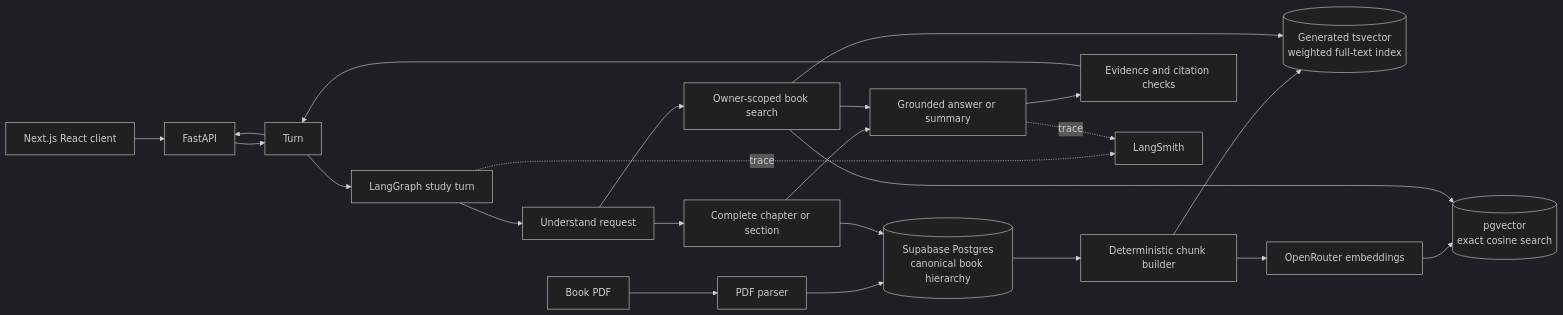
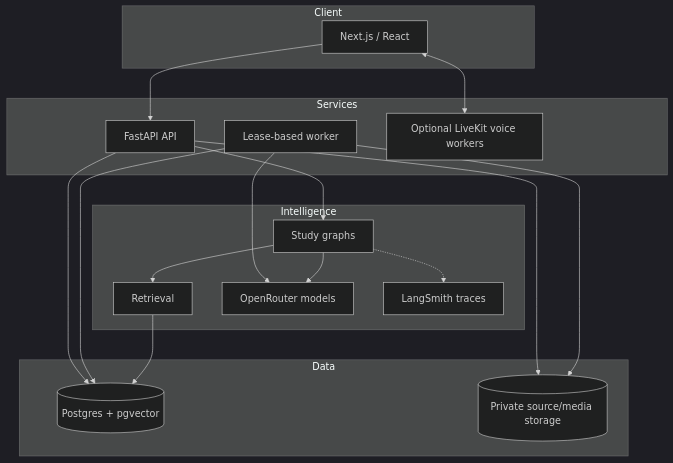
One commit to rabhishek100/agentic_study_partner changed the first of 2 diagrams in docs/architecture.md. Above: the diagram before and after it, drawn with Mermaid (dark theme). The commit also changed other lines of this file and 70 other files, not shown here.

````diff
--- a/docs/architecture.md
+++ b/docs/architecture.md
@@ -7,28 +13,33 @@
 ```mermaid
-flowchart LR
-    PDF[Book PDF] --> Parse[PDF parser]
-    Parse --> Canonical[(Supabase Postgres<br/>canonical book hierarchy)]
+flowchart TB
+    subgraph Client
+      UI[Next.js / React]
+    end
+    subgraph Services
+      API[FastAPI API]
+      WK[Lease-based worker]
+      VO[Optional LiveKit voice workers]
+    end
+    subgraph Intelligence
+      SG[Study graphs]
+      RET[Retrieval]
+      LLM[OpenRouter models]
+      OBS[LangSmith traces]
+    end
+    subgraph Data
+      PG[(Postgres + pgvector)]
+      OBJ[(Private source/media storage)]
+    end
 
-    Canonical --> Chunk[Deterministic chunk builder]
-    Chunk --> FTS[(Generated tsvector<br/>weighted full-text index)]
-    Chunk --> Embed[OpenRouter embeddings]
-    Embed --> Vector[(pgvector<br/>exact cosine search)]
-
-    Next[Next.js React client] --> API[FastAPI]
-    API --> Turn
-    Turn --> Graph[LangGraph study turn]
-    Graph --> Plan[Understand request]
-    Plan --> Scope[Complete chapter or section]
-    Plan --> Search[Owner-scoped book search]
-    Scope --> Canonical
-    Search --> FTS
-    Search --> Vector
-    Scope --> Answer[Grounded answer or summary]
-    Search --> Answer
-    Answer --> Check[Evidence and citation checks]
-    Check --> Turn
-    Turn --> API
-
-    Graph -. trace .-> LangSmith[LangSmith]
-    Answer -. trace .-> LangSmith
+    UI --> API
+    UI <--> VO
+    API --> PG
+    API --> SG
+    API --> OBJ
+    WK --> PG
+    WK --> OBJ
+    WK --> LLM
+    SG --> RET --> PG
+    SG --> LLM
+    SG -.-> OBS
 ```
````
